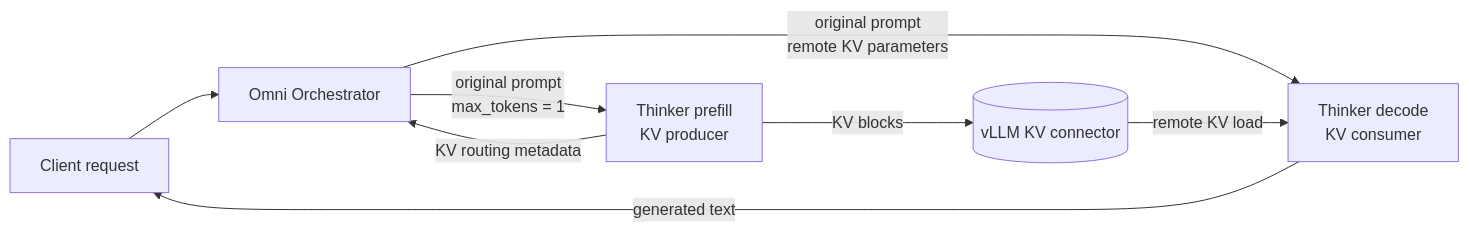
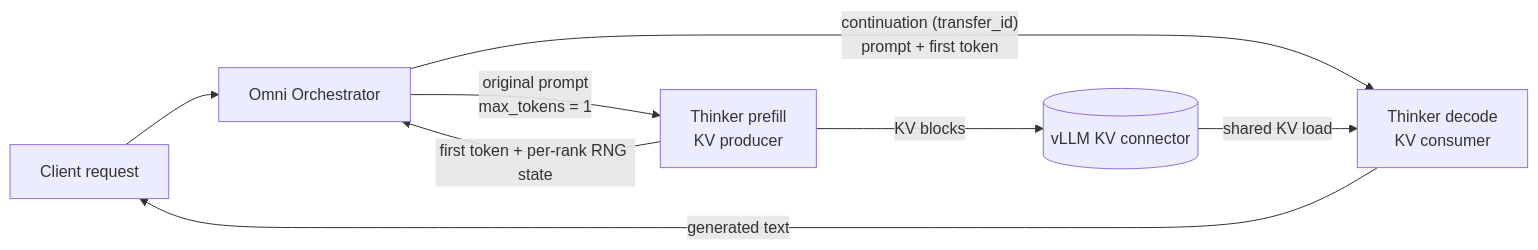
One commit to vllm-project/vllm-omni changed the diagram in docs/features/pd_disaggregation.md. Above: the diagram before and after it, drawn with Mermaid. The commit also changed other lines of this file and 40 other files, not shown here.

````diff
--- a/docs/features/pd_disaggregation.md
+++ b/docs/features/pd_disaggregation.md
@@ -52,10 +56,10 @@
 ```mermaid
 flowchart LR
     client["Client request"] --> orchestrator["Omni Orchestrator"]
     orchestrator -->|"original prompt<br/>max_tokens = 1"| prefill["Thinker prefill<br/>KV producer"]
+    prefill -->|"first token + per-rank RNG state"| orchestrator
     prefill -->|"KV blocks"| connector[("vLLM KV connector")]
-    prefill -->|"KV routing metadata"| orchestrator
-    orchestrator -->|"original prompt<br/>remote KV parameters"| decode["Thinker decode<br/>KV consumer"]
-    connector -->|"remote KV load"| decode
+    orchestrator -->|"continuation (transfer_id)<br/>prompt + first token"| decode["Thinker decode<br/>KV consumer"]
+    connector -->|"shared KV load"| decode
     decode -->|"generated text"| client
 ```
````
